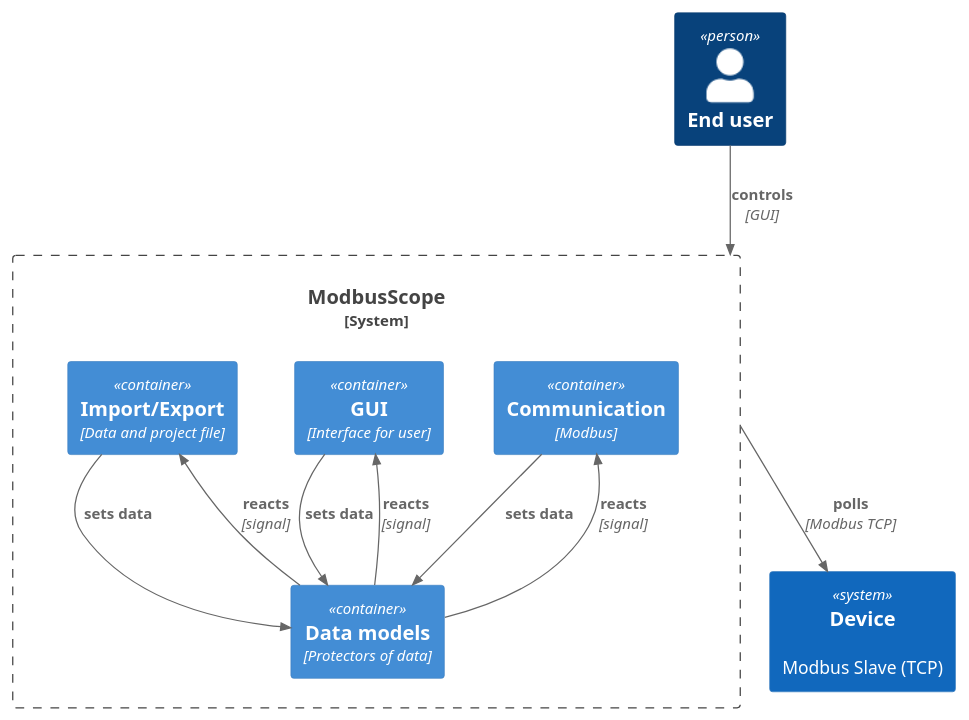
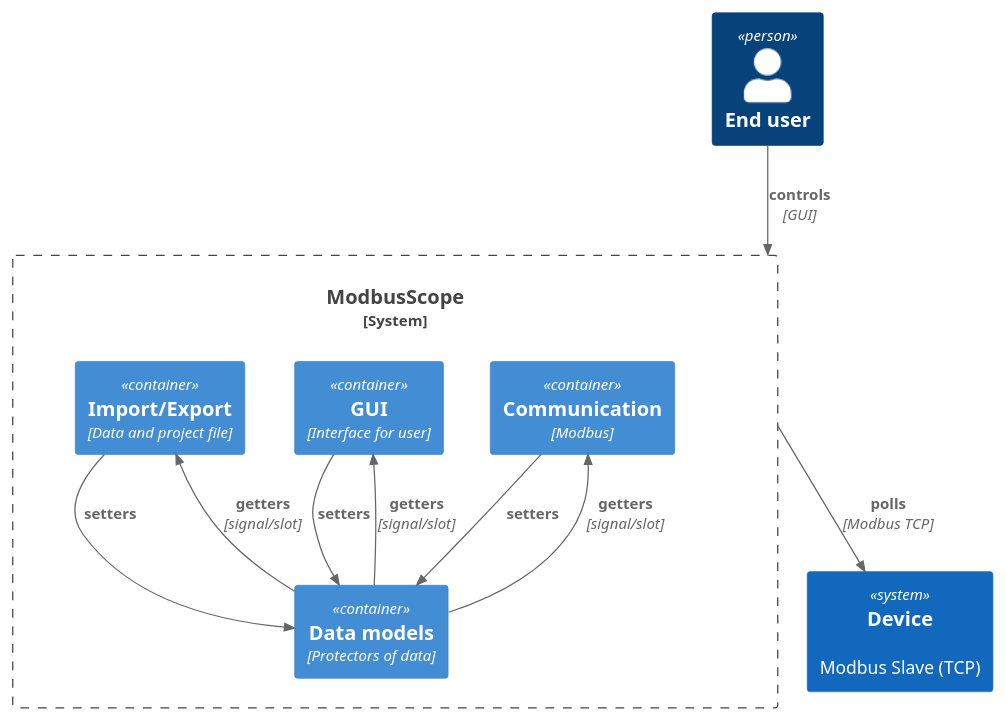
Before and after one commit to ModbusScope/ModbusScope: the diagram in doc/architecture/Container.puml, drawn with PlantUML. The commit also changed 3 other files, not shown here.

```diff
--- a/doc/architecture/Container.puml
+++ b/doc/architecture/Container.puml
@@ -1,28 +1,28 @@
 @startuml Container diagram
 !include C4/C4_Container.puml
 
 Person(endUser, "End user", "")
 
 System(slave_tcp, "Device", "Modbus Slave (TCP)")
 
 System_Boundary(modbusscope, "ModbusScope") {
 
     Container(comm, "Communication", "Modbus")
     Container(models, "Data models", "Protectors of data")
     Container(gui, "GUI", "Interface for user")
     Container(imexport, "Import/Export", "Data and project file")
 
-    Rel(comm, models, "sets data", "")
-    Rel(gui, models, "sets data", "")
-    Rel(imexport, models, "sets data", "")
+    Rel(comm, models, "setters")
+    Rel(gui, models, "setters")
+    Rel(imexport, models, "setters")
 
-    Rel_Back(comm, models, "reacts", "signal")
-    Rel_Back(gui, models, "reacts", "signal")
-    Rel_Back(imexport, models, "reacts", "signal")
+    Rel_Back(comm, models, "getters", "signal/slot")
+    Rel_Back(gui, models, "getters", "signal/slot")
+    Rel_Back(imexport, models, "getters", "signal/slot")
 
 }
 
 Rel_Down(endUser, modbusscope, "controls", "GUI")
 Rel_Down(modbusscope, slave_tcp, "polls", "Modbus TCP")
 
 @enduml
```
